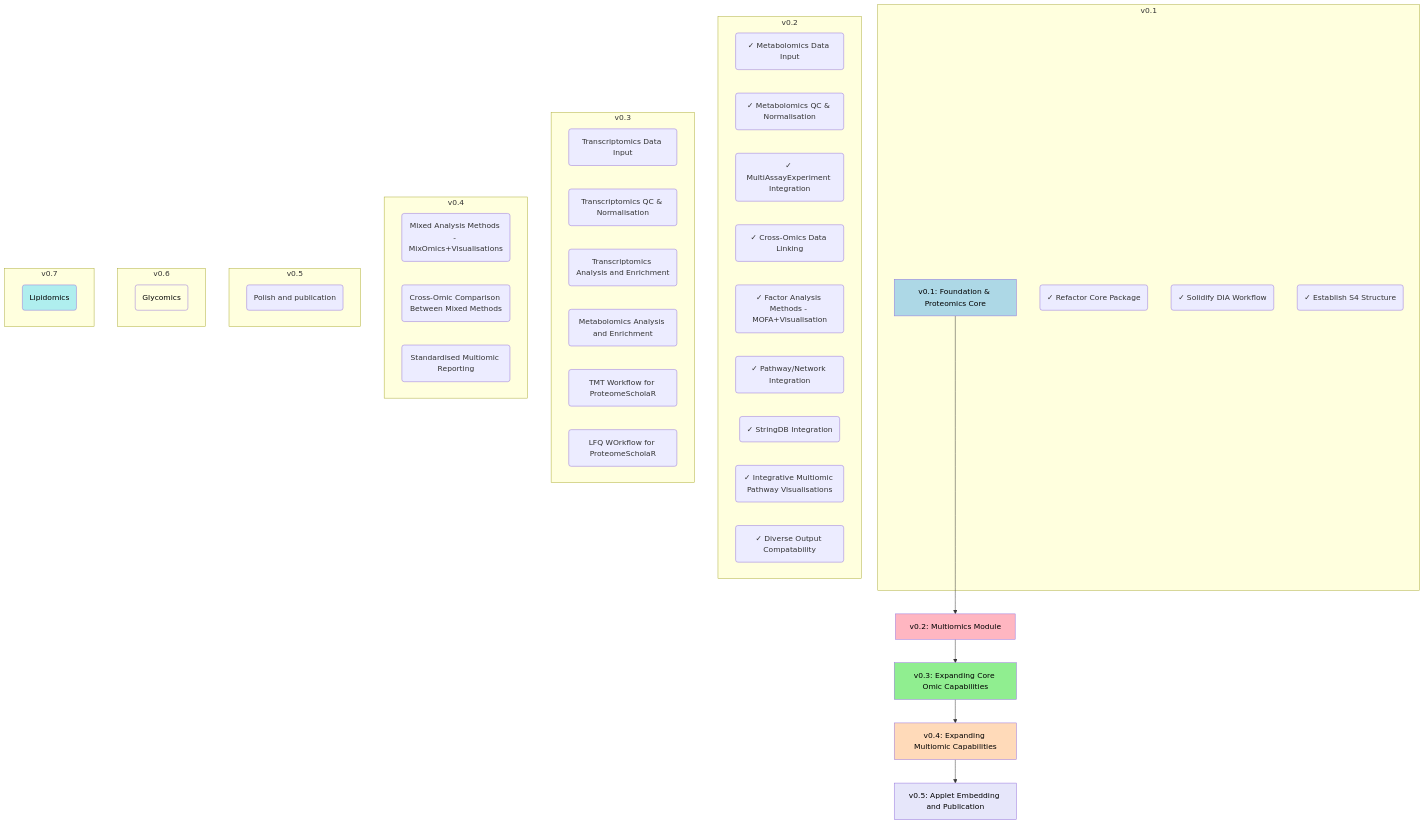
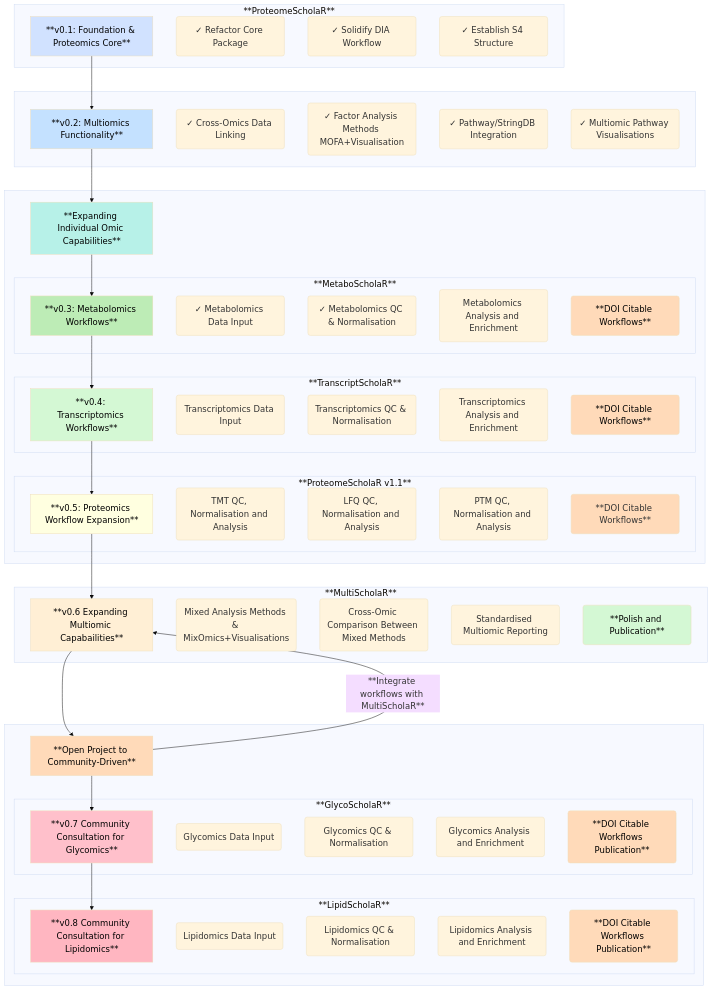
One commit to APAF-bioinformatics/MultiScholaR changed the diagram in README.md. Above: the diagram before and after it, drawn with Mermaid.

````diff
--- a/README.md
+++ b/README.md
@@ -100,55 +100,95 @@
 ```mermaid
+%%{init: {'theme': 'base', 'themeVariables': { 'fontSize': '18px'}}}%%
 graph TD
-    A[v0.1: Foundation & Proteomics Core] --> B[v0.2: Multiomics Module];
-    B --> C[v0.3: Expanding Core Omic Capabilities];
-    C --> D[v0.4: Expanding Multiomic Capabilities];
-    D --> E[v0.5: Applet Embedding and Publication];
+    A[**v0.1: Foundation & Proteomics Core**] --> B[**v0.2: Multiomics Functionality**];
+    B --> C[**Expanding Individual Omic Capabilities**];
+    C --> D[**v0.3: Metabolomics Workflows**];
+    D --> E[**v0.4: Transcriptomics Workflows**];
+    E --> F[**v0.5: Proteomics Workflow Expansion**]; 
+    F --> G[**v0.6 Expanding Multiomic Capabailities**];
+    G --> H[**Open Project to Community-Driven**];
+    H --> I[**v0.7 Community Consultation for Glycomics**]
+    I --> J[**v0.8 Community Consultation for Lipidomics**]
+    H -- **Integrate workflows with MultiScholaR** -->  G
 
-    subgraph "v0.1"
+    subgraph "**ProteomeScholaR**"
         A
         A1(✓ Refactor Core Package)
         A2(✓ Solidify DIA Workflow)
         A3(✓ Establish S4 Structure)
     end
-    subgraph "v0.2"
-        B1(✓ Metabolomics Data Input)
-        B2(✓ Metabolomics QC & Normalisation)
-        B3(✓ MultiAssayExperiment Integration)
+    subgraph " "
+        B
         B4(✓ Cross-Omics Data Linking)
-        B5(✓ Factor Analysis Methods - MOFA+Visualisation)
-        B6(✓ Pathway/Network Integration)
-        B7(✓ StringDB Integration)
-        B8(✓ Integrative Multiomic Pathway Visualisations)
-        B9(✓ Diverse Output Compatability)
+        B5(✓ Factor Analysis Methods MOFA+Visualisation)
+        B6(✓ Pathway/StringDB Integration)
+        B8(✓ Multiomic Pathway Visualisations)
     end
-    subgraph "v0.3"
-        C1(Transcriptomics Data Input)
-        C2(Transcriptomics QC & Normalisation)
-        C3(Transcriptomics Analysis and Enrichment)
-        C4(Metabolomics Analysis and Enrichment)
-        C5(TMT Workflow for ProteomeScholaR)
-        C6(LFQ WOrkflow for ProteomeScholaR)
+    subgraph " "
+        C
+     subgraph "**MetaboScholaR** "
+        D
+        D1(✓ Metabolomics Data Input)
+        D2(✓ Metabolomics QC & Normalisation)
+        D3(Metabolomics Analysis and Enrichment)
+        XX(**DOI Citable Workflows**)
+        end
+    subgraph "**TranscriptScholaR**"
+        E
+        E1(Transcriptomics Data Input)
+        E2(Transcriptomics QC & Normalisation)
+        E3(Transcriptomics Analysis and Enrichment)
+        YY(**DOI Citable Workflows**)
+        
     end
-     subgraph "v0.4"
-        D1(Mixed Analysis Methods - MixOmics+Visualisations)
-        D2(Cross-Omic Comparison Between Mixed Methods)
-        D3(Standardised Multiomic Reporting)
-    end
-     subgraph "v0.5"
-        E1(Polish and publication)
-    end
-    subgraph "v0.6"
-        F1(Glycomics)
-    end
-    subgraph "v0.7"
-        G1(Lipidomics)
+     subgraph "**ProteomeScholaR v1.1**"
+        F
+        F1(TMT QC, Normalisation and Analysis)
+        F2(LFQ QC, Normalisation and Analysis)
+        F3(PTM QC, Normalisation and Analysis)
+        ZZ(**DOI Citable Workflows**)
     end
 
-    style A fill:#ADD8E6,color:#000000
-    style B fill:#FFB6C1,color:#000000
-    style C fill:#90EE90,color:#000000
-    style D fill:#FFDAB9,color:#000000
-    style E fill:#E6E6FA,color:#000000
-    style F1 fill:#FFFFE0,color:#000000
-    style G1 fill:#AFEEEE,color:#000000
+    end
+    subgraph "**MultiScholaR**"
+        G
+        G1(Mixed Analysis Methods & MixOmics+Visualisations)
+        G2(Cross-Omic Comparison Between Mixed Methods)
+        G3(Standardised Multiomic Reporting)
+        X(**Polish and Publication**)
+    end
+    subgraph " "
+        H
+    subgraph "**GlycoScholaR**"
+        I
+        I1(Glycomics Data Input)
+        I2(Glycomics QC & Normalisation)
+        I3(Glycomics Analysis and Enrichment)
+        Y(**DOI Citable Workflows Publication**)
+    end
+    subgraph "**LipidScholaR**"
+        J
+        J1(Lipidomics Data Input)
+        J2(Lipidomics QC & Normalisation)
+        J3(Lipidomics Analysis and Enrichment)
+        Z(**DOI Citable Workflows Publication**)
+    end
+    end
+
+    style A fill:#D1E2FF,color:#000000
+    style B fill:#C4E1FF,color:#000000
+    style C fill:#B7F1E8,color:#000000
+    style D fill:#BDECB6,color:#000000
+    style E fill:#D4F8D4,color:#000000
+    style F fill:#FFFFE0,color:#000000
+    style G fill:#FFEFD5,color:#000000
+    style H fill:#FFDAB9,color:#000000
+    style I fill:#FFC0CB,color:#000000
+    style J fill:#FFB6C1,color:#000000
+    style X fill:#D4F8D4,color:#000000
+    style Y fill:#FFDAB9,color:#000000
+    style Z fill:#FFDAB9,color:#000000
+    style XX fill:#FFDAB9,color:#000000
+    style YY fill:#FFDAB9,color:#000000
+    style ZZ fill:#FFDAB9,color:#00000
 ```
````
